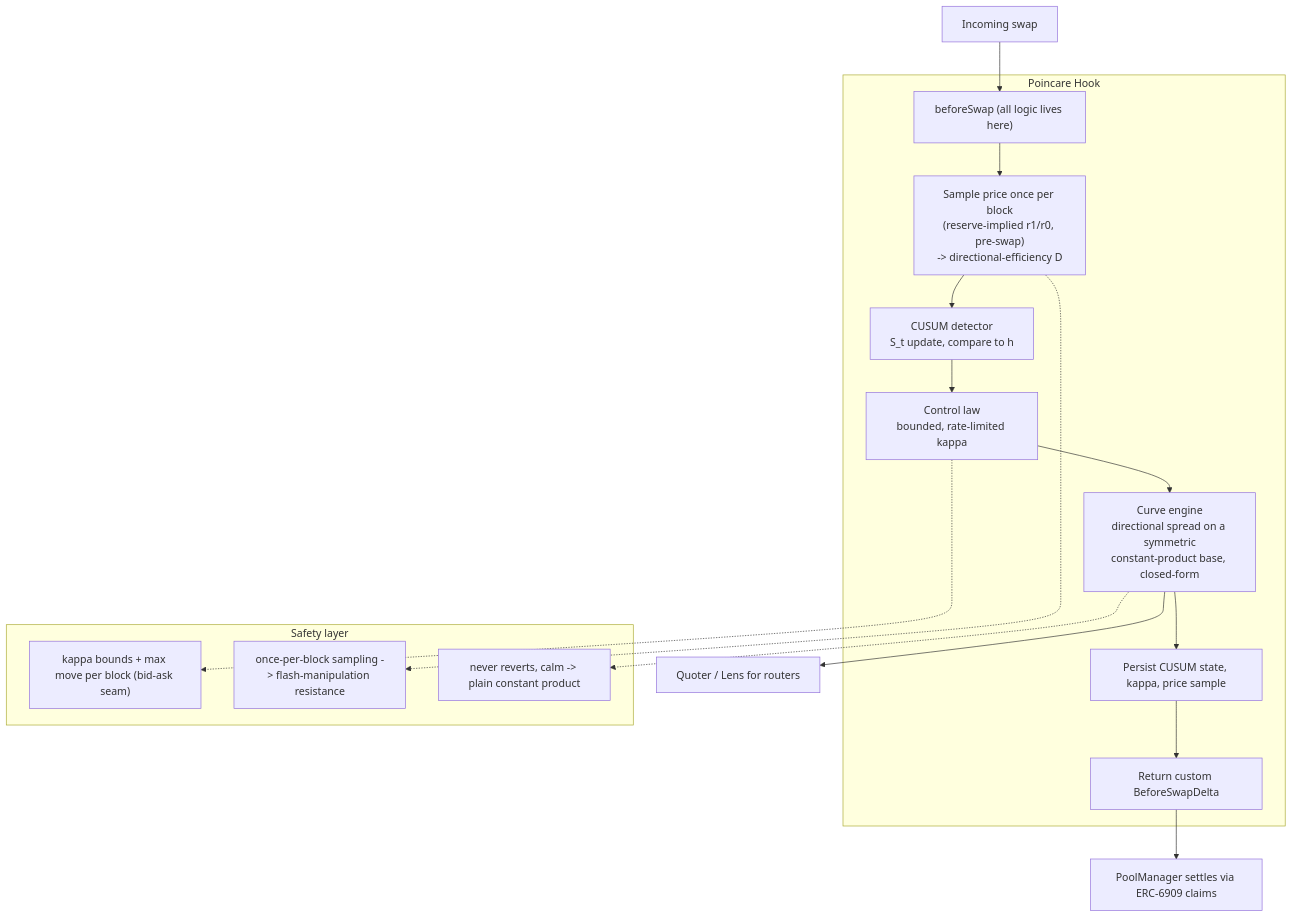
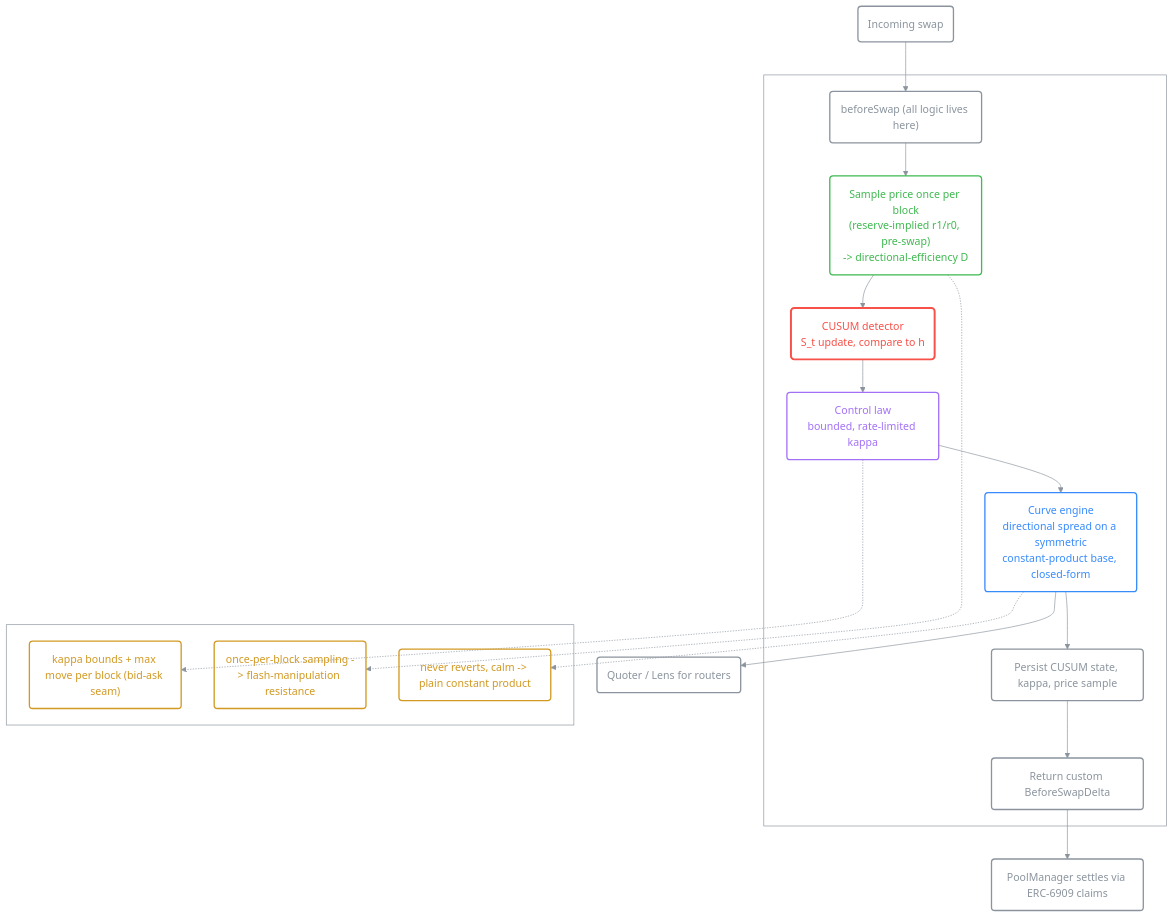
One commit to Prakhar-30/POINCARE changed the second of 5 diagrams in README.md. Above: the diagram before and after it, drawn with Mermaid. The commit also changed other lines of this file, not shown here.

Commit message:
updated the graph stylings next task is frontend

````diff
--- a/README.md
+++ b/README.md
@@ -111,22 +122,35 @@
 ```mermaid
+%%{init: {'theme':'base','themeVariables':{'fontFamily':'ui-monospace, monospace','primaryColor':'transparent','primaryTextColor':'#388bfd','primaryBorderColor':'#8b949e','lineColor':'#8b949e','tertiaryColor':'transparent','clusterBkg':'transparent','clusterBorder':'#8b949e'}}}%%
 flowchart TD
-    SWAP["Incoming swap"] --> BS["beforeSwap (all logic lives here)"]
+    SWAP("Incoming swap") --> BS("beforeSwap (all logic lives here)")
     subgraph HOOK["Poincare Hook"]
-        BS --> EST["Sample price once per block<br/>(reserve-implied r1/r0, pre-swap)<br/>-> directional-efficiency D"]
-        EST --> DET["CUSUM detector<br/>S_t update, compare to h"]
-        DET --> LAW["Control law<br/>bounded, rate-limited kappa"]
-        LAW --> INV["Curve engine<br/>directional spread on a symmetric<br/>constant-product base, closed-form"]
-        INV --> PERSIST["Persist CUSUM state, kappa, price sample"]
-        PERSIST --> DELTA["Return custom BeforeSwapDelta"]
+        BS --> EST("Sample price once per block<br/>(reserve-implied r1/r0, pre-swap)<br/>-> directional-efficiency D")
+        EST --> DET("CUSUM detector<br/>S_t update, compare to h")
+        DET --> LAW("Control law<br/>bounded, rate-limited kappa")
+        LAW --> INV("Curve engine<br/>directional spread on a symmetric<br/>constant-product base, closed-form")
+        INV --> PERSIST("Persist CUSUM state, kappa, price sample")
+        PERSIST --> DELTA("Return custom BeforeSwapDelta")
     end
-    DELTA --> SETTLE["PoolManager settles via ERC-6909 claims"]
+    DELTA --> SETTLE("PoolManager settles via ERC-6909 claims")
     subgraph SAFETY["Safety layer"]
-        BND["kappa bounds + max move per block (bid-ask seam)"]
-        ROB["once-per-block sampling -> flash-manipulation resistance"]
-        CB["never reverts, calm -> plain constant product"]
+        BND("kappa bounds + max move per block (bid-ask seam)")
+        ROB("once-per-block sampling -> flash-manipulation resistance")
+        CB("never reverts, calm -> plain constant product")
     end
     EST -.-> ROB
     LAW -.-> BND
     INV -.-> CB
-    INV --> LENS["Quoter / Lens for routers"]
+    INV --> LENS("Quoter / Lens for routers")
+    classDef io stroke:#8b949e,color:#8b949e,stroke-width:2px;
+    classDef sig stroke:#3fb950,color:#3fb950,stroke-width:2px;
+    classDef engine stroke:#f85149,color:#f85149,stroke-width:3px;
+    classDef law stroke:#a371f7,color:#a371f7,stroke-width:2px;
+    classDef curve stroke:#388bfd,color:#388bfd,stroke-width:2px;
+    classDef safety stroke:#d29922,color:#d29922,stroke-width:2px;
+    class SWAP,BS,PERSIST,DELTA,SETTLE,LENS io;
+    class EST sig;
+    class DET engine;
+    class LAW law;
+    class INV curve;
+    class BND,ROB,CB safety;
 ```
````
